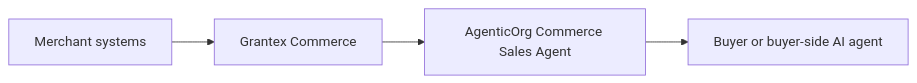
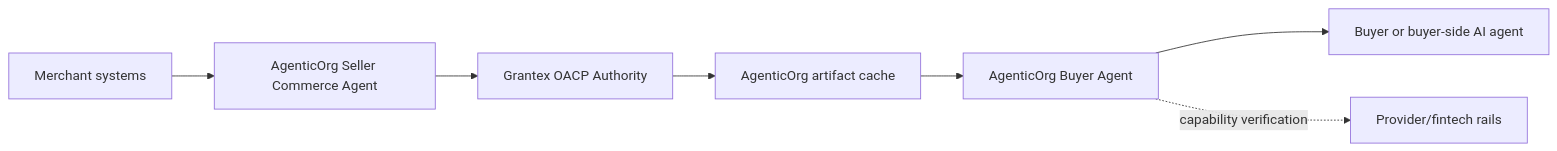
The first of 2 diagrams in docs/commerce-agent-agentic-commerce-implementation-prd.md (mishrasanjeev/agentic-org), drawn with Mermaid before and after one commit. The commit also changed other lines of this file and 3 other files, not shown here.

Commit message:
docs(commerce): update OACP agent PRD and content plan

````diff
--- a/docs/commerce-agent-agentic-commerce-implementation-prd.md
+++ b/docs/commerce-agent-agentic-commerce-implementation-prd.md
@@ -22,11 +23,17 @@
 ```mermaid
 flowchart LR
   merchant["Merchant systems"]
-  grantex["Grantex Commerce"]
-  agenticorg["AgenticOrg Commerce Sales Agent"]
+  selleragent["AgenticOrg Seller Commerce Agent"]
+  grantex["Grantex OACP Authority"]
+  cache["AgenticOrg artifact cache"]
+  buyeragent["AgenticOrg Buyer Agent"]
+  provider["Provider/fintech rails"]
   buyer["Buyer or buyer-side AI agent"]
 
-  merchant --> grantex
-  grantex --> agenticorg
-  agenticorg --> buyer
+  merchant --> selleragent
+  selleragent --> grantex
+  grantex --> cache
+  cache --> buyeragent
+  buyeragent --> buyer
+  buyeragent -. "capability verification" .-> provider
 ```
````
